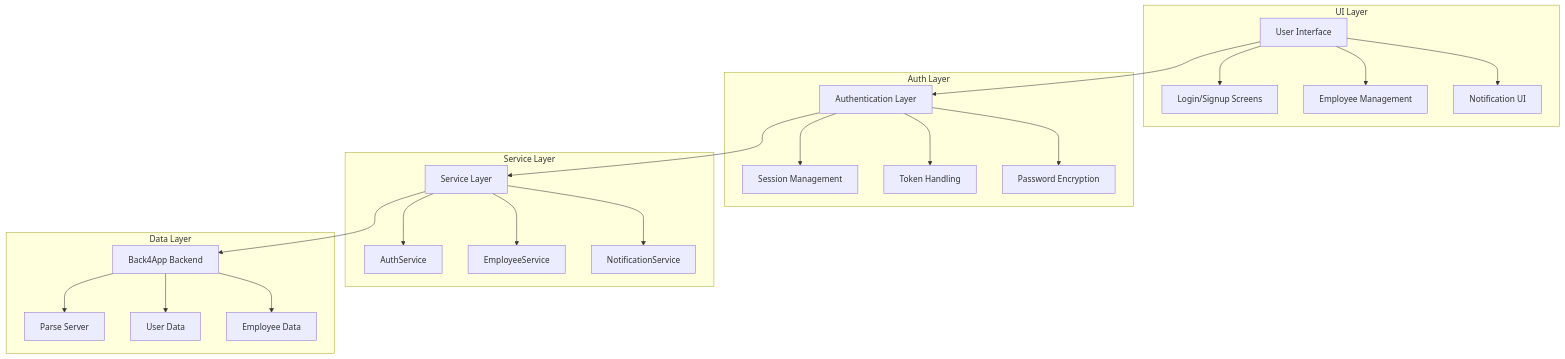
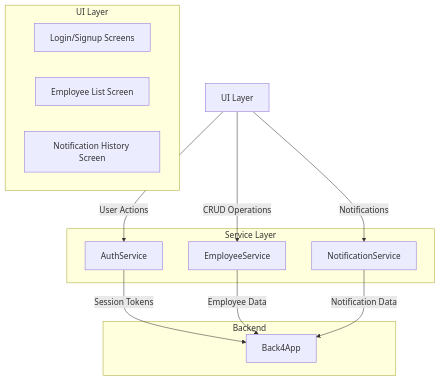
The diagram in README.md (vissharm/assignement_flutter_cpad), drawn with Mermaid before and after one commit. The commit also changed other lines of this file, not shown here.

````diff
--- a/README.md
+++ b/README.md
@@ -347,30 +177,25 @@
 ```mermaid
 graph TD
-    A[User Interface] --> B[Authentication Layer]
-    B --> C[Service Layer]
-    C --> D[Back4App Backend]
-    
+    A[UI Layer] -->|User Actions| B[AuthService]
+    A -->|CRUD Operations| C[EmployeeService]
+    A -->|Notifications| D[NotificationService]
+    B -->|Session Tokens| E[Back4App]
+    C -->|Employee Data| E
+    D -->|Notification Data| E
+
     subgraph "UI Layer"
-    A --> A1[Login/Signup Screens]
-    A --> A2[Employee Management]
-    A --> A3[Notification UI]
+    A1[Login/Signup Screens]
+    A2[Employee List Screen]
+    A3[Notification History Screen]
     end
-    
-    subgraph "Auth Layer"
-    B --> B1[Session Management]
-    B --> B2[Token Handling]
-    B --> B3[Password Encryption]
+
+    subgraph "Service Layer"
+    B[AuthService]
+    C[EmployeeService]
+    D[NotificationService]
     end
-    
-    subgraph "Service Layer"
-    C --> C1[AuthService]
-    C --> C2[EmployeeService]
-    C --> C3[NotificationService]
-    end
-    
-    subgraph "Data Layer"
-    D --> D1[Parse Server]
-    D --> D2[User Data]
-    D --> D3[Employee Data]
+
+    subgraph "Backend"
+    E[Back4App]
     end
 ```
````
